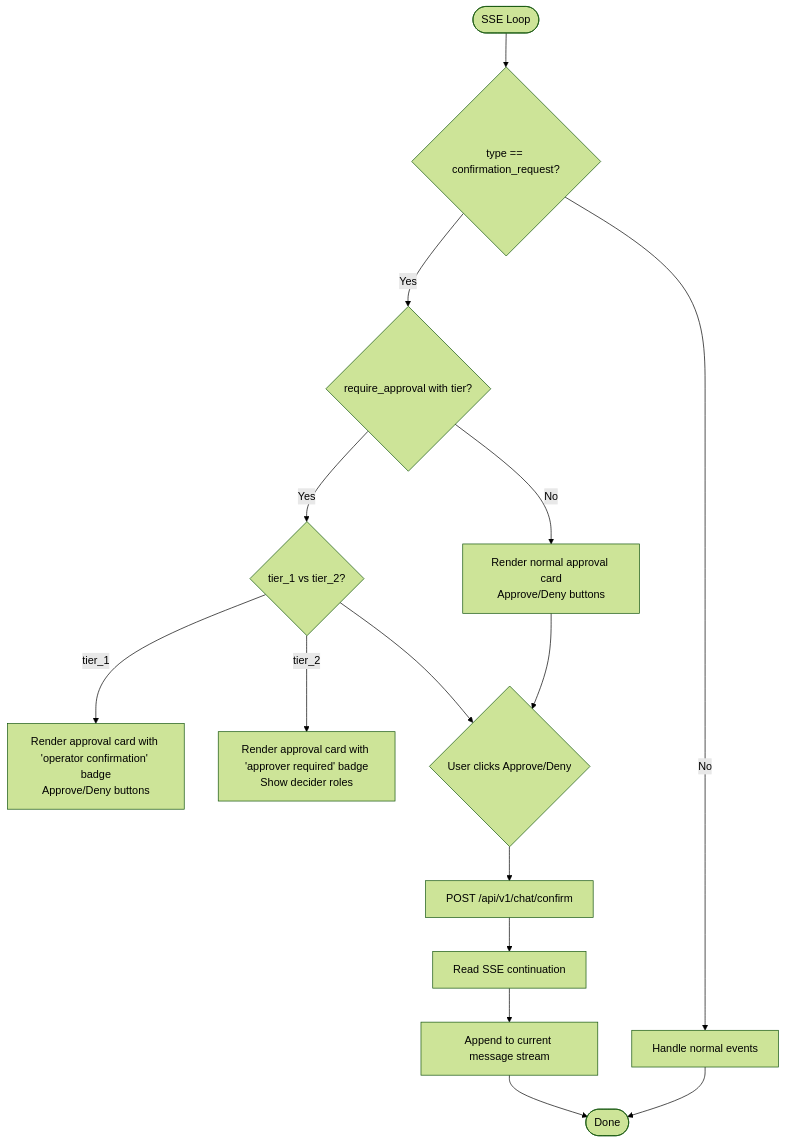
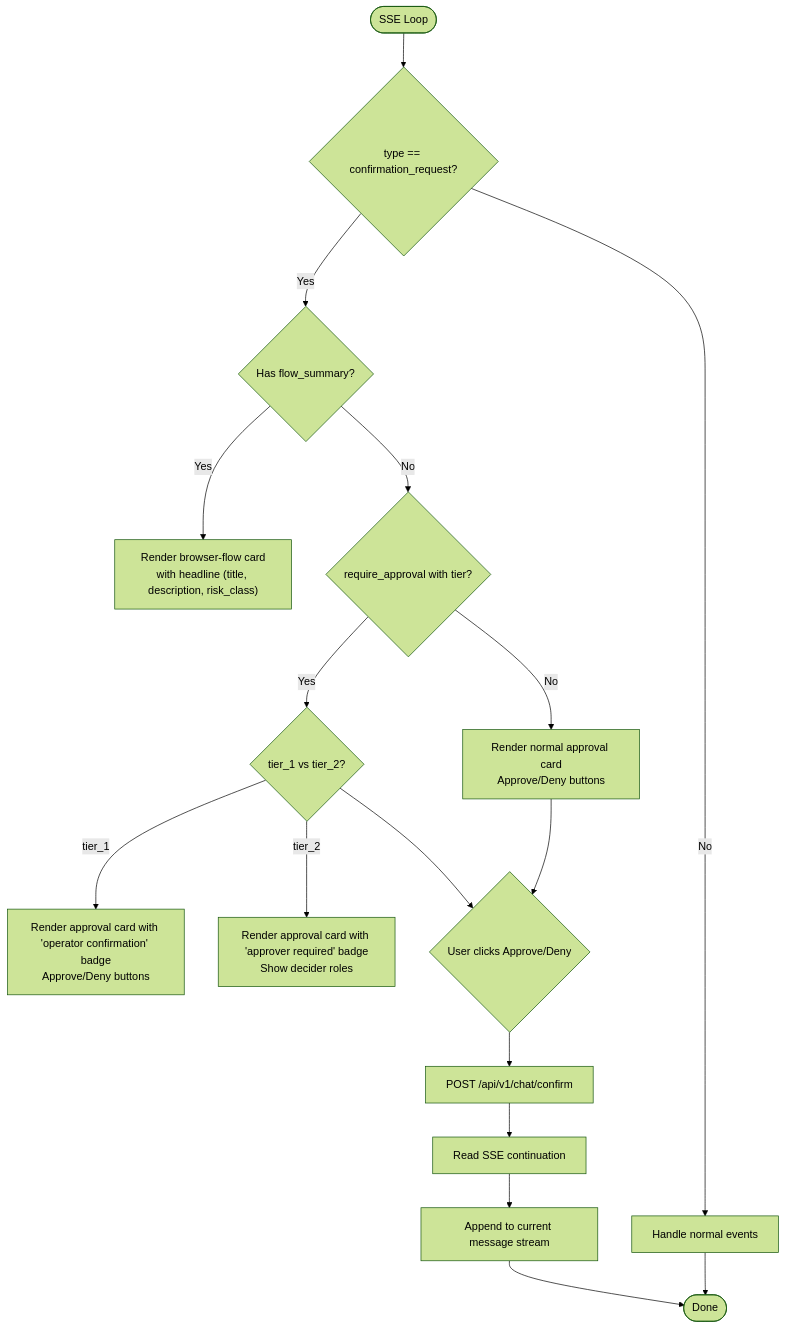
One commit to metasync/luban-aiops changed diagram 11 of 12 in .qoder/repowiki/en/content/Agent Platform Service/HITL Confirmation Bridging (SPEC-020).md. Above: the diagram before and after it, drawn with Mermaid (forest theme). The commit also changed other lines of this file and 11 other files, not shown here.

````diff
--- a/.qoder/repowiki/en/content/Agent Platform Service/HITL Confirmation Bridging (SPEC-020).md
+++ b/.qoder/repowiki/en/content/Agent Platform Service/HITL Confirmation Bridging (SPEC-020).md
@@ -536,17 +603,19 @@
 ```mermaid
 flowchart TD
 S(["SSE Loop"]) --> Type{"type == confirmation_request?"}
-Type -- Yes --> CheckTier{"require_approval with tier?"}
+Type -- Yes --> CheckFlow{"Has flow_summary?"}
+CheckFlow -- Yes --> RenderFlowCard["Render browser-flow card<br/>with headline (title, description, risk_class)"]
+CheckFlow -- No --> CheckTier{"require_approval with tier?"}
 CheckTier -- Yes --> CheckTierType{"tier_1 vs tier_2?"}
 CheckTierType -- tier_1 --> RenderTier1Card["Render approval card with 'operator confirmation' badge<br/>Approve/Deny buttons"]
 CheckTierType -- tier_2 --> RenderTier2Card["Render approval card with 'approver required' badge<br/>Show decider roles"]
 CheckTierType --> Decision{"User clicks Approve/Deny"}
 CheckTier -- No --> RenderNormalCard["Render normal approval card<br/>Approve/Deny buttons"]
 RenderNormalCard --> Decision
 Decision --> Post["POST /api/v1/chat/confirm"]
 Post --> Stream["Read SSE continuation"]
 Stream --> Append["Append to current message stream"]
 Type -- No --> Normal["Handle normal events"]
 Append --> Done(["Done"])
 Normal --> Done
 ```
````
